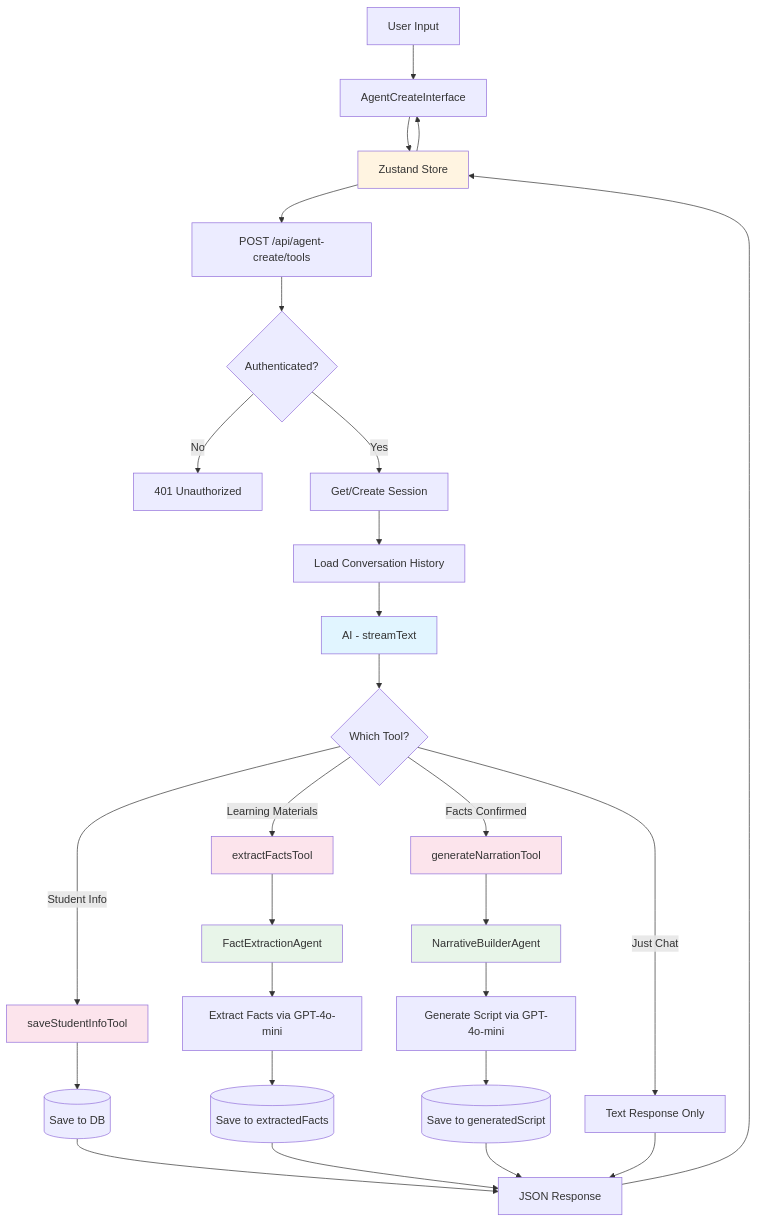
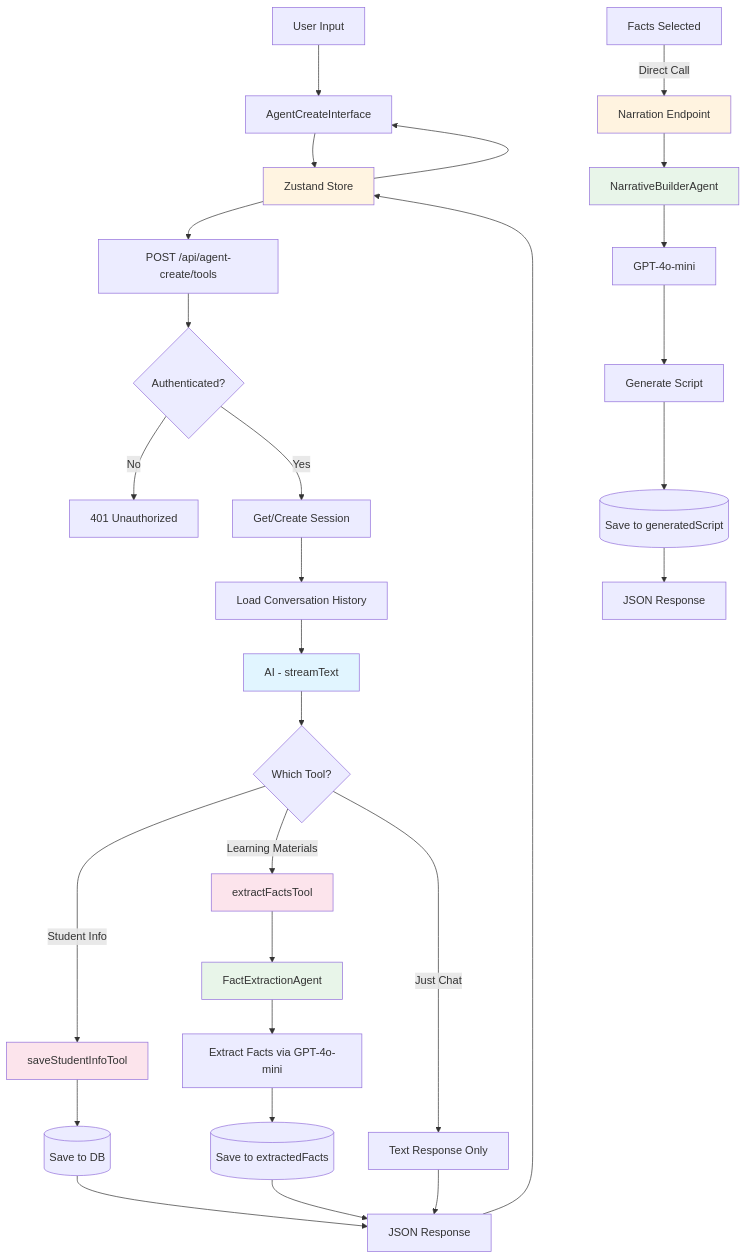
Before and after one commit to e-roy/ed-tech-pipeline: the first of 5 diagrams in docs/frontend/chat-agent-orchestrator.md, drawn with Mermaid. The commit also changed other lines of this file and 7 other files, not shown here.

Commit message:
Improved naration speed, using direct call and changing model

````diff
--- a/docs/frontend/chat-agent-orchestrator.md
+++ b/docs/frontend/chat-agent-orchestrator.md
@@ -42,46 +43,49 @@
 ```mermaid
 graph TB
     User[User Input] --> Interface[AgentCreateInterface]
     Interface --> Store[Zustand Store]
     Store --> API[POST /api/agent-create/tools]
 
     API --> Auth{Authenticated?}
     Auth -->|No| Reject[401 Unauthorized]
     Auth -->|Yes| Session[Get/Create Session]
 
     Session --> LoadDB[Load Conversation History]
     LoadDB --> AI[AI - streamText]
 
     AI --> Decision{Which Tool?}
 
     Decision -->|Student Info| SaveTool[saveStudentInfoTool]
     Decision -->|Learning Materials| ExtractTool[extractFactsTool]
-    Decision -->|Facts Confirmed| NarrationTool[generateNarrationTool]
     Decision -->|Just Chat| TextResponse[Text Response Only]
 
     SaveTool --> SaveDB[(Save to DB)]
     ExtractTool --> FactAgent[FactExtractionAgent]
-    NarrationTool --> NarrAgent[NarrativeBuilderAgent]
 
     FactAgent --> ExtractResult[Extract Facts via GPT-4o-mini]
-    NarrAgent --> GenResult[Generate Script via GPT-4o-mini]
 
     ExtractResult --> ExtractDB[(Save to extractedFacts)]
-    GenResult --> NarDB[(Save to generatedScript)]
 
     SaveDB --> JSON[JSON Response]
     ExtractDB --> JSON
-    NarDB --> JSON
     TextResponse --> JSON
 
     JSON --> Store
     Store --> Interface
 
+    %% Separate flow for narration generation (bypasses orchestrator)
+    NarrationTrigger[Facts Selected] -->|Direct Call| NarrationEndpoint[Narration Endpoint]
+    NarrationEndpoint --> NarrAgent[NarrativeBuilderAgent]
+    NarrAgent --> NarrationAI[GPT-4o-mini]
+    NarrationAI --> GenResult[Generate Script]
+    GenResult --> NarDB[(Save to generatedScript)]
+    NarDB --> NarrationResponse[JSON Response]
+
     style AI fill:#e1f5ff
     style Store fill:#fff4e1
     style SaveTool fill:#fce4ec
     style ExtractTool fill:#fce4ec
-    style NarrationTool fill:#fce4ec
     style FactAgent fill:#e8f5e9
     style NarrAgent fill:#e8f5e9
+    style NarrationEndpoint fill:#fff3e0
 ```
````
